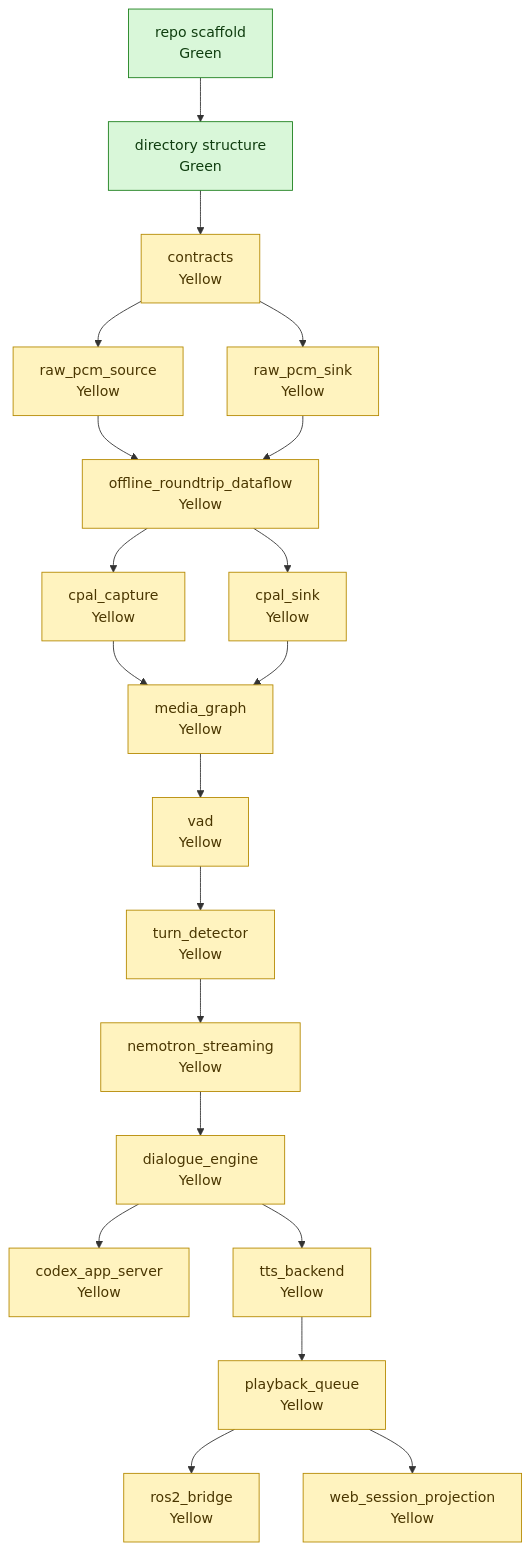
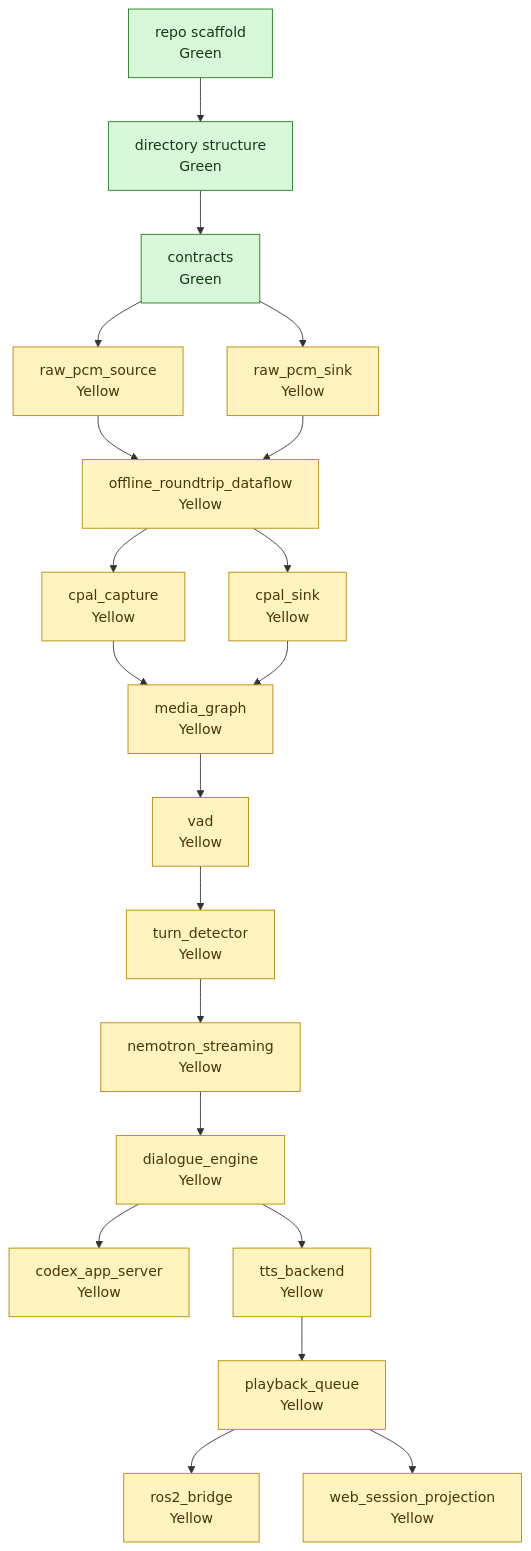
Before and after one commit to Escenda/fluent-audio: the diagram in docs/architecture/build-plan.md, drawn with Mermaid. The commit also changed other lines of this file and 18 other files, not shown here.

````diff
--- a/docs/architecture/build-plan.md
+++ b/docs/architecture/build-plan.md
@@ -15,47 +15,47 @@
 ```mermaid
 flowchart TD
     repo_scaffold["repo scaffold<br>Green"]
     directory_structure["directory structure<br>Green"]
-    contracts["contracts<br>Yellow"]
+    contracts["contracts<br>Green"]
     raw_pcm_source["raw_pcm_source<br>Yellow"]
     raw_pcm_sink["raw_pcm_sink<br>Yellow"]
     offline_roundtrip_dataflow["offline_roundtrip_dataflow<br>Yellow"]
     cpal_capture["cpal_capture<br>Yellow"]
     cpal_sink["cpal_sink<br>Yellow"]
     media_graph["media_graph<br>Yellow"]
     vad["vad<br>Yellow"]
     turn_detector["turn_detector<br>Yellow"]
     nemotron_streaming["nemotron_streaming<br>Yellow"]
     dialogue_engine["dialogue_engine<br>Yellow"]
     codex_app_server["codex_app_server<br>Yellow"]
     tts_backend["tts_backend<br>Yellow"]
     playback_queue["playback_queue<br>Yellow"]
     ros2_bridge["ros2_bridge<br>Yellow"]
     web_session_projection["web_session_projection<br>Yellow"]
 
     repo_scaffold --> directory_structure
     directory_structure --> contracts
     contracts --> raw_pcm_source
     contracts --> raw_pcm_sink
     raw_pcm_source --> offline_roundtrip_dataflow
     raw_pcm_sink --> offline_roundtrip_dataflow
     offline_roundtrip_dataflow --> cpal_capture
     offline_roundtrip_dataflow --> cpal_sink
     cpal_capture --> media_graph
     cpal_sink --> media_graph
     media_graph --> vad
     vad --> turn_detector
     turn_detector --> nemotron_streaming
     nemotron_streaming --> dialogue_engine
     dialogue_engine --> codex_app_server
     dialogue_engine --> tts_backend
     tts_backend --> playback_queue
     playback_queue --> ros2_bridge
     playback_queue --> web_session_projection
 
     classDef verified fill:#d9f7d9,stroke:#1b7f1b,color:#0f3d0f;
     classDef scaffold fill:#fff3bf,stroke:#b58900,color:#4a3600;
     classDef missing fill:#ffd6d6,stroke:#b00020,color:#4a0000;
-    class repo_scaffold,directory_structure verified;
-    class contracts,raw_pcm_source,raw_pcm_sink,offline_roundtrip_dataflow,cpal_capture,cpal_sink,media_graph,vad,turn_detector,nemotron_streaming,dialogue_engine,codex_app_server,tts_backend,playback_queue,ros2_bridge,web_session_projection scaffold;
+    class repo_scaffold,directory_structure,contracts verified;
+    class raw_pcm_source,raw_pcm_sink,offline_roundtrip_dataflow,cpal_capture,cpal_sink,media_graph,vad,turn_detector,nemotron_streaming,dialogue_engine,codex_app_server,tts_backend,playback_queue,ros2_bridge,web_session_projection scaffold;
 ```
````
